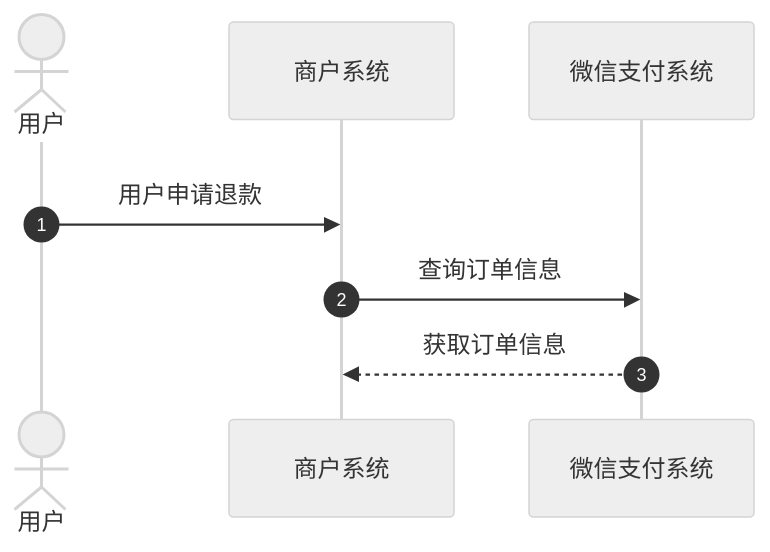
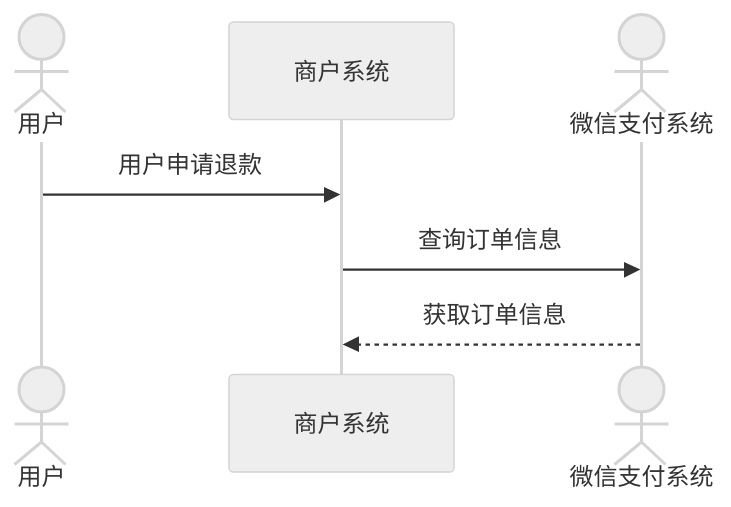
The first of 5 diagrams in docs/merchant/pages/4013071031.md (minibear2021/wechatpay_docs), drawn with Mermaid (neutral theme) before and after one commit. The commit also changed other lines of this file and 18 other files, not shown here.

````diff
--- a/docs/merchant/pages/4013071031.md
+++ b/docs/merchant/pages/4013071031.md
@@ -15,13 +15,11 @@
 ```mermaid
 sequenceDiagram
-    rect rgb(255,255,255)
-        autonumber
+
         actor User as 用户
         participant Mch as 商户系统
-        participant WxPay as 微信支付系统
+        participant WxPay@{ type: actor, xwattType: secondaryActor } as 微信支付系统
 
         User->>Mch: 用户申请退款
         Mch->>WxPay: 查询订单信息
         WxPay-->>Mch: 获取订单信息
-    end
 ```
````
